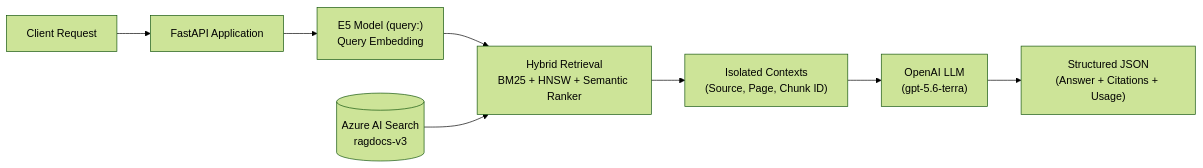
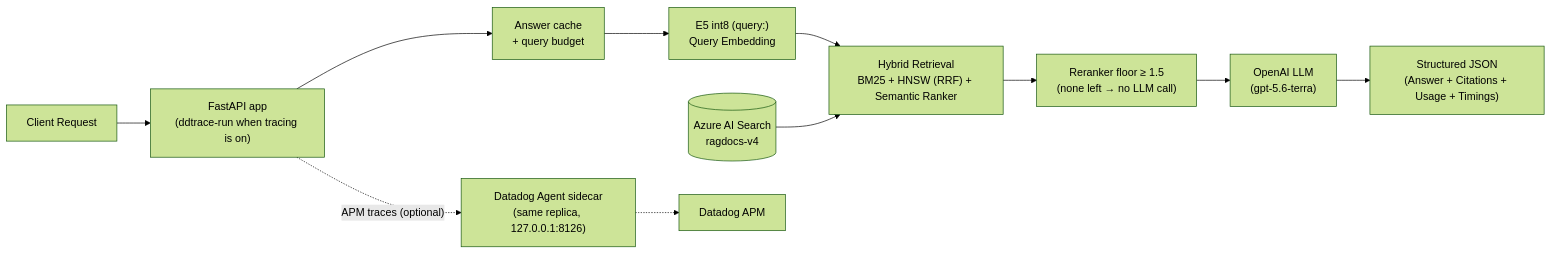
The second of 9 diagrams in README.md (workHMZ/aca-ghcr-cicd-lab), drawn with Mermaid (forest theme) before and after one commit. The commit also changed other lines of this file and 40 other files, not shown here.

````diff
--- a/README.md
+++ b/README.md
@@ -76,10 +139,13 @@
 ```mermaid
 flowchart LR
-    Client["Client Request"] --> API["FastAPI Application"]
-    API --> QVec["E5 Model (query:)<br/>Query Embedding"]
-    QVec --> Hybrid["Hybrid Retrieval<br/>BM25 + HNSW + Semantic Ranker"]
-    Index[("Azure AI Search<br/>ragdocs-v3")] --> Hybrid
-    Hybrid --> Context["Isolated Contexts<br/>(Source, Page, Chunk ID)"]
-    Context --> LLM["OpenAI LLM<br/>(gpt-5.6-terra)"]
-    LLM --> Response["Structured JSON<br/>(Answer + Citations + Usage)"]
+    Client["Client Request"] --> API["FastAPI app<br/>(ddtrace-run when tracing is on)"]
+    API --> Guard["Answer cache<br/>+ query budget"]
+    Guard --> QVec["E5 int8 (query:)<br/>Query Embedding"]
+    QVec --> Hybrid["Hybrid Retrieval<br/>BM25 + HNSW (RRF) + Semantic Ranker"]
+    Index[("Azure AI Search<br/>ragdocs-v4")] --> Hybrid
+    Hybrid --> Floor["Reranker floor ≥ 1.5<br/>(none left → no LLM call)"]
+    Floor --> LLM["OpenAI LLM<br/>(gpt-5.6-terra)"]
+    LLM --> Response["Structured JSON<br/>(Answer + Citations + Usage + Timings)"]
+    API -. "APM traces (optional)" .-> Agent["Datadog Agent sidecar<br/>(same replica, 127.0.0.1:8126)"]
+    Agent -.-> APM["Datadog APM"]
 ```
````
